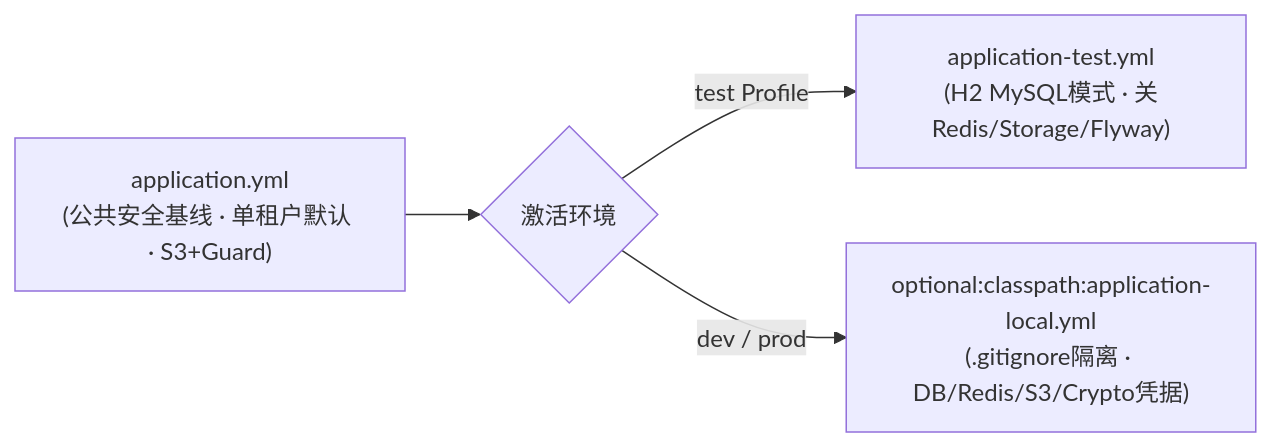
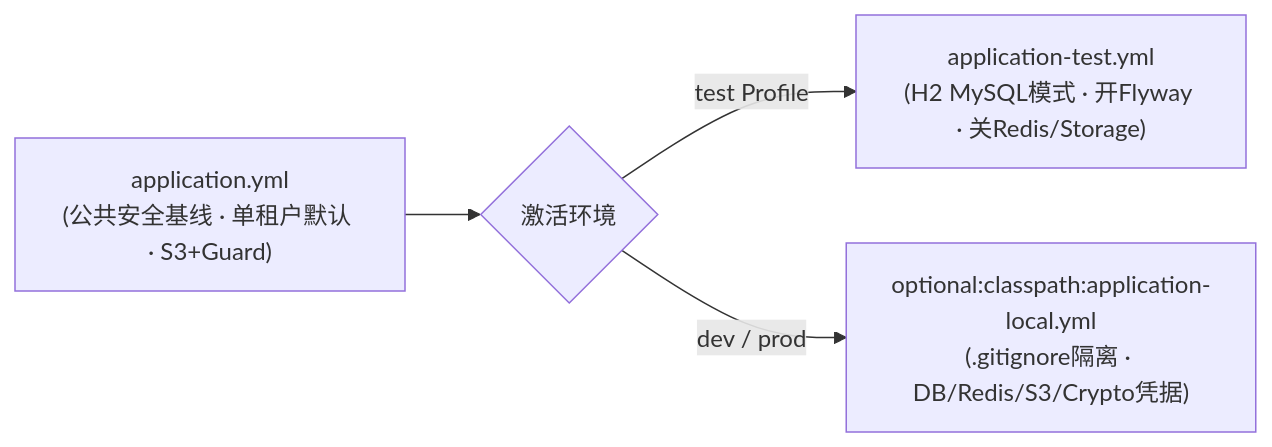
The diagram in ateng-solid-bootstrap/README.md (atengk/ateng-solid-server), drawn with Mermaid before and after one commit. The commit also changed other lines of this file and 46 other files, not shown here.

````diff
--- a/ateng-solid-bootstrap/README.md
+++ b/ateng-solid-bootstrap/README.md
@@ -34,6 +35,6 @@
 ```mermaid
 flowchart LR
     BASE["application.yml<br/>(公共安全基线 · 单租户默认 · S3+Guard)"] --> ENV{"激活环境"}
-    ENV -->|"test Profile"| TEST["application-test.yml<br/>(H2 MySQL模式 · 关Redis/Storage/Flyway)"]
+    ENV -->|"test Profile"| TEST["application-test.yml<br/>(H2 MySQL模式 · 开Flyway · 关Redis/Storage)"]
     ENV -->|"dev / prod"| LOCAL["optional:classpath:application-local.yml<br/>(.gitignore隔离 · DB/Redis/S3/Crypto凭据)"]
 ```
````
